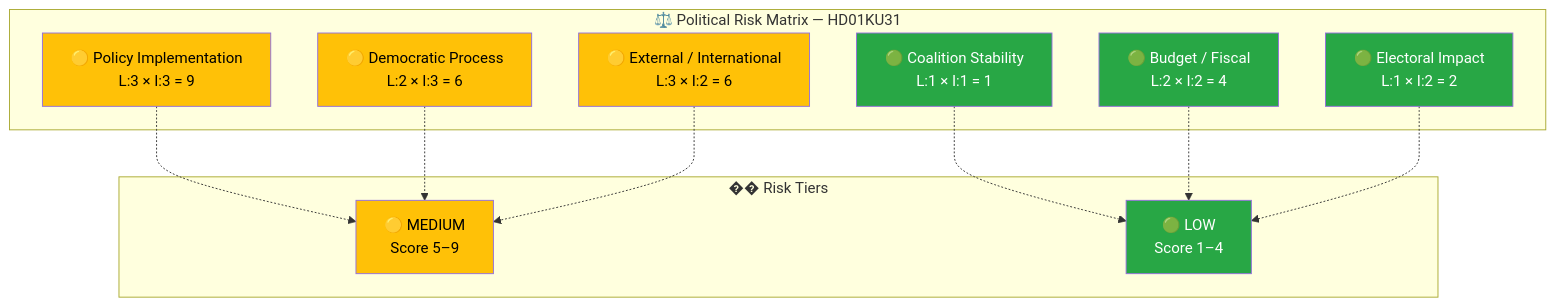
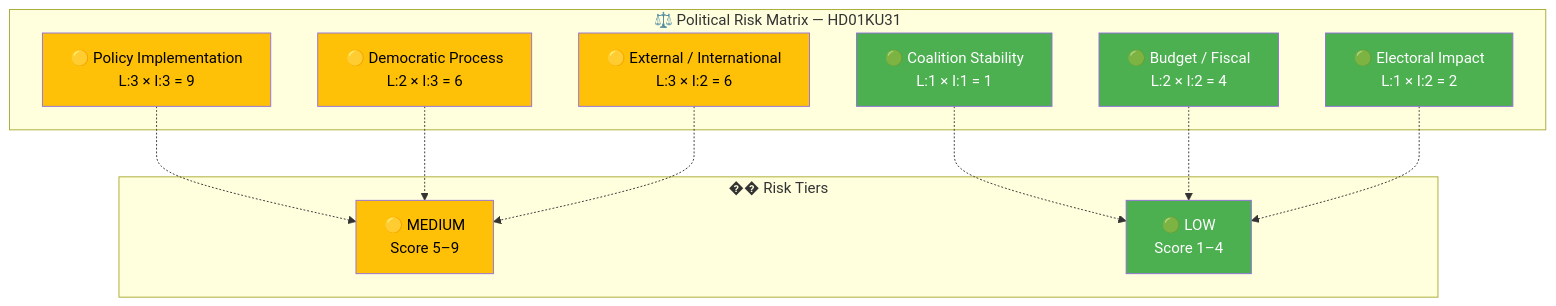
Before and after one commit to Hack23/riksdagsmonitor: the second of 2 diagrams in analysis/daily/2026-03-27/committeeReports/documents/hd01ku31-analysis.md, drawn with Mermaid. The commit also changed other lines of this file and 785 other files, not shown here.

First line of the commit message:
Normalize mermaid colors across 786 analysis artifacts to ISMS Style Guide palette

````diff
--- a/analysis/daily/2026-03-27/committeeReports/documents/hd01ku31-analysis.md
+++ b/analysis/daily/2026-03-27/committeeReports/documents/hd01ku31-analysis.md
@@ -82,32 +82,32 @@
 ```mermaid
 graph TD
     subgraph "⚖️ Political Risk Matrix — HD01KU31"
         R1["🟢 Coalition Stability<br/>L:1 × I:1 = 1"]
         R2["🟡 Policy Implementation<br/>L:3 × I:3 = 9"]
         R3["🟢 Budget / Fiscal<br/>L:2 × I:2 = 4"]
         R4["🟢 Electoral Impact<br/>L:1 × I:2 = 2"]
         R5["🟡 Democratic Process<br/>L:2 × I:3 = 6"]
         R6["🟡 External / International<br/>L:3 × I:2 = 6"]
     end
 
     subgraph "�� Risk Tiers"
         T3["🟡 MEDIUM<br/>Score 5–9"]
         T4["🟢 LOW<br/>Score 1–4"]
     end
 
     R1 -.-> T4
     R2 -.-> T3
     R3 -.-> T4
     R4 -.-> T4
     R5 -.-> T3
     R6 -.-> T3
 
-    style R1 fill:#28a745,color:#fff
-    style R2 fill:#ffc107,color:#000
-    style R3 fill:#28a745,color:#fff
-    style R4 fill:#28a745,color:#fff
-    style R5 fill:#ffc107,color:#000
-    style R6 fill:#ffc107,color:#000
-    style T3 fill:#ffc107,color:#000
-    style T4 fill:#28a745,color:#fff
+    style R1 fill:#4CAF50,color:#FFFFFF
+    style R2 fill:#FFC107,color:#000000
+    style R3 fill:#4CAF50,color:#FFFFFF
+    style R4 fill:#4CAF50,color:#FFFFFF
+    style R5 fill:#FFC107,color:#000000
+    style R6 fill:#FFC107,color:#000000
+    style T3 fill:#FFC107,color:#000000
+    style T4 fill:#4CAF50,color:#FFFFFF
 ```
````
